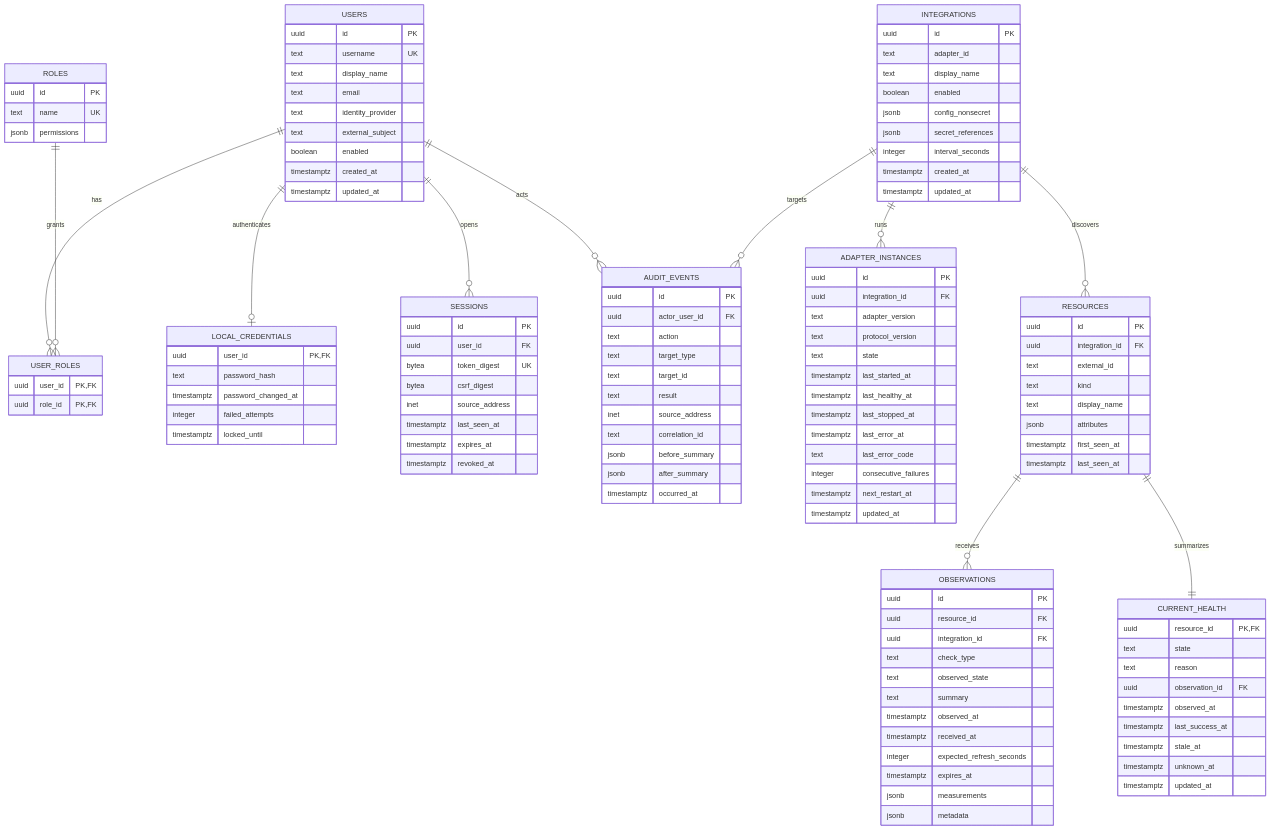
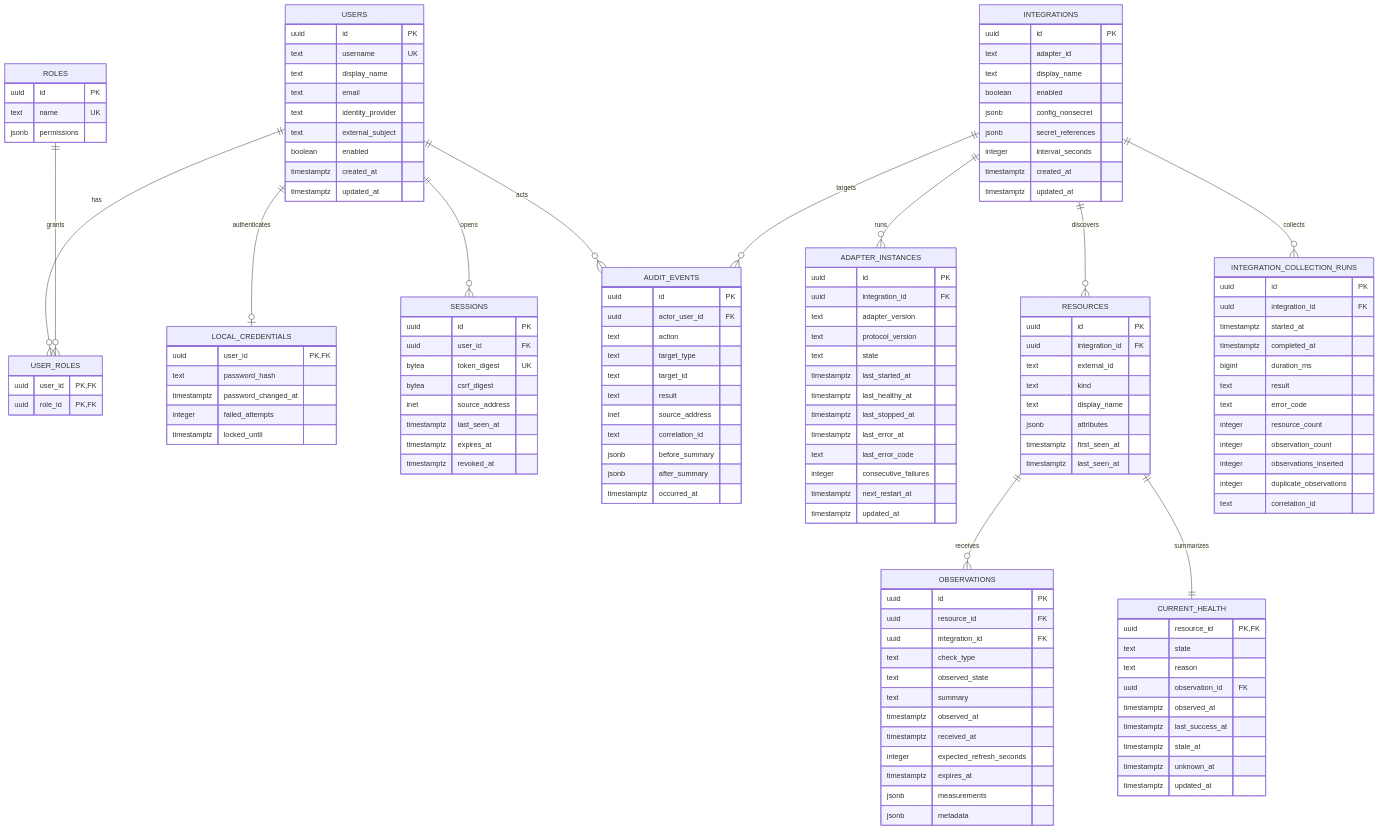
Before and after one commit to PrincepsVIIII/Espial: the diagram in docs/architecture/DATA_MODEL.md, drawn with Mermaid. The commit also changed other lines of this file and 39 other files, not shown here.

```diff
--- a/docs/architecture/DATA_MODEL.md
+++ b/docs/architecture/DATA_MODEL.md
@@ -14,6 +14,7 @@
     USERS ||--o{ AUDIT_EVENTS : acts
     INTEGRATIONS ||--o{ ADAPTER_INSTANCES : runs
     INTEGRATIONS ||--o{ RESOURCES : discovers
+    INTEGRATIONS ||--o{ INTEGRATION_COLLECTION_RUNS : collects
     RESOURCES ||--o{ OBSERVATIONS : receives
     RESOURCES ||--|| CURRENT_HEALTH : summarizes
     INTEGRATIONS ||--o{ AUDIT_EVENTS : targets
@@ -81,6 +82,20 @@
       timestamptz next_restart_at
       timestamptz updated_at
     }
+    INTEGRATION_COLLECTION_RUNS {
+      uuid id PK
+      uuid integration_id FK
+      timestamptz started_at
+      timestamptz completed_at
+      bigint duration_ms
+      text result
+      text error_code
+      integer resource_count
+      integer observation_count
+      integer observations_inserted
+      integer duplicate_observations
+      text correlation_id
+    }
     RESOURCES {
       uuid id PK
       uuid integration_id FK
```
